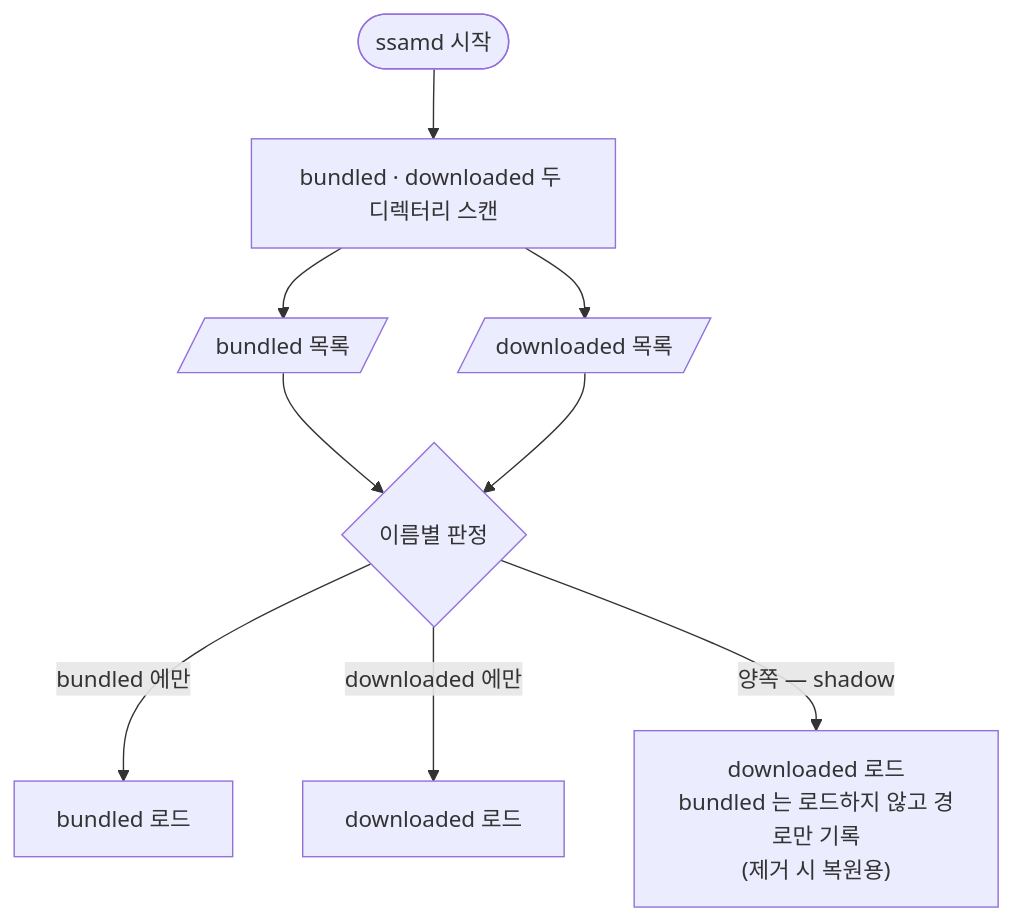
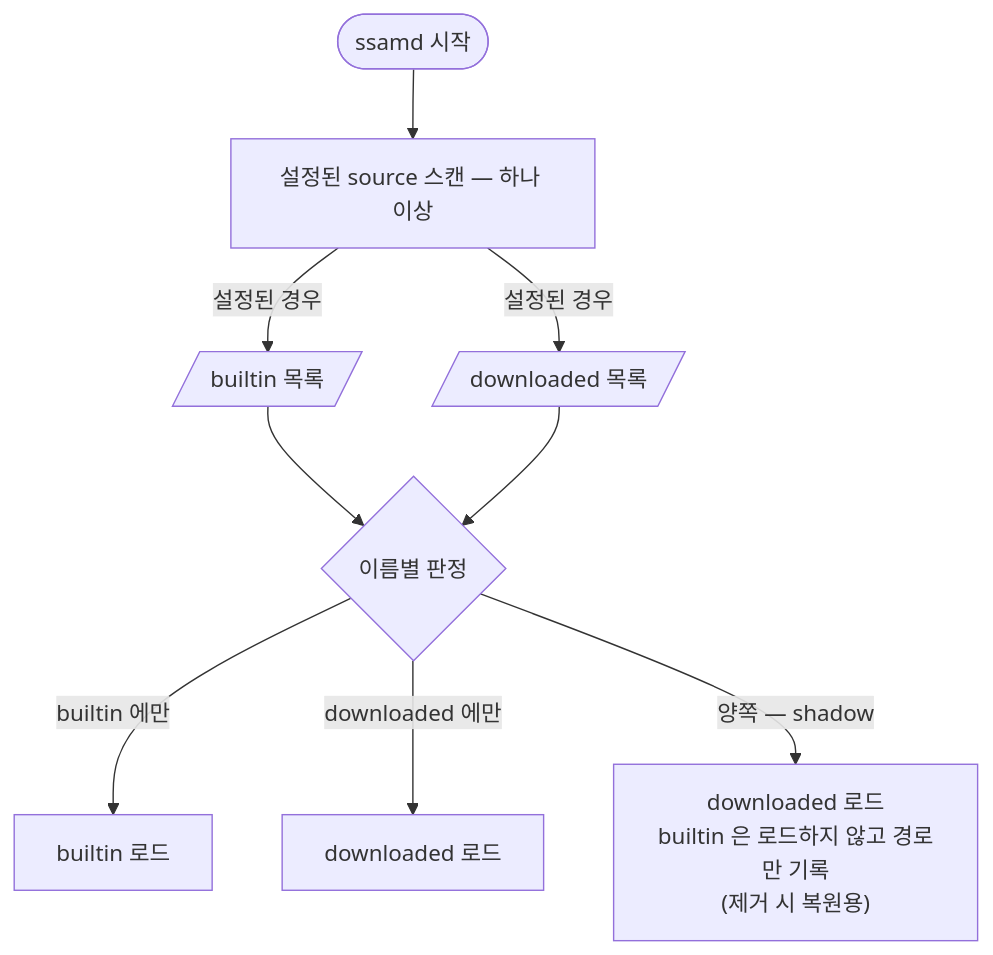
The first of 2 diagrams in docs/architecture/package-management.ko.md (mobis-oss/ssam), drawn with Mermaid before and after one commit. The commit also changed other lines of this file and 46 other files, not shown here.

````diff
--- a/docs/architecture/package-management.ko.md
+++ b/docs/architecture/package-management.ko.md
@@ -25,11 +29,11 @@
 ```mermaid
 flowchart TB
-  START(["ssamd 시작"]) --> SCAN["bundled · downloaded 두 디렉터리 스캔"]
-  SCAN --> BD[/"bundled 목록"/]
-  SCAN --> DL[/"downloaded 목록"/]
+  START(["ssamd 시작"]) --> SCAN["설정된 source 스캔 — 하나 이상"]
+  SCAN -->|"설정된 경우"| BD[/"builtin 목록"/]
+  SCAN -->|"설정된 경우"| DL[/"downloaded 목록"/]
   BD --> DEC{"이름별 판정"}
   DL --> DEC
-  DEC -->|"bundled 에만"| L1["bundled 로드"]
+  DEC -->|"builtin 에만"| L1["builtin 로드"]
   DEC -->|"downloaded 에만"| L2["downloaded 로드"]
-  DEC -->|"양쪽 — shadow"| L3["downloaded 로드<br/>bundled 는 로드하지 않고 경로만 기록<br/>(제거 시 복원용)"]
+  DEC -->|"양쪽 — shadow"| L3["downloaded 로드<br/>builtin 은 로드하지 않고 경로만 기록<br/>(제거 시 복원용)"]
 ```
````
